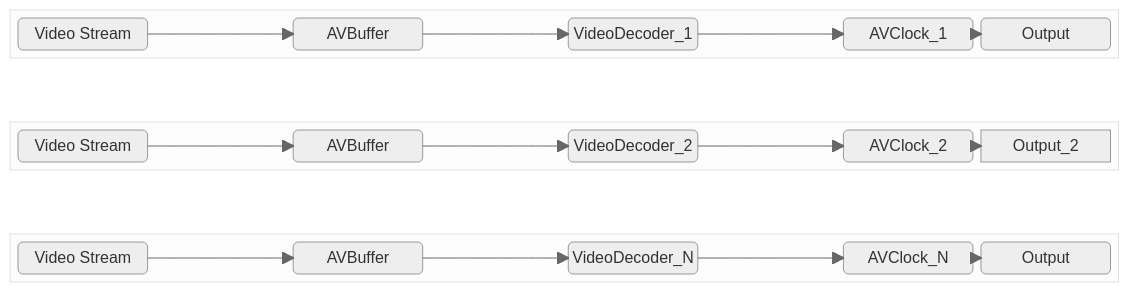
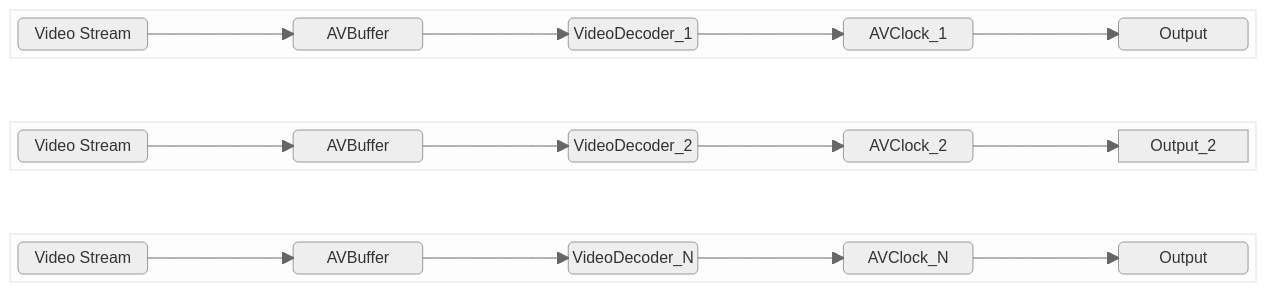
One commit to davidkoo-brcm/rdk-halif-aidl-test-avclock changed the eighth of 8 diagrams in docs/pages/avClock_High-Level-3_TestSpecification.md. Above: the diagram before and after it, drawn with Mermaid (neutral theme). The commit also changed other lines of this file, not shown here.

````diff
--- a/docs/pages/avClock_High-Level-3_TestSpecification.md
+++ b/docs/pages/avClock_High-Level-3_TestSpecification.md
@@ -225,27 +225,27 @@
 ```mermaid
 block-beta
 columns 1
     block:1
-        VideoStream_1("Video Stream") space AVBuffer_1("AVBuffer") space VideoDecoder_1("VideoDecoder_1") space AVClock_1("AVClock_1") Output_1("Output")
+        VideoStream_1("Video Stream") space AVBuffer_1("AVBuffer") space VideoDecoder_1("VideoDecoder_1") space AVClock_1("AVClock_1") space Output_1("Output")
         VideoStream_1 --> AVBuffer_1
         AVBuffer_1 --> VideoDecoder_1
         VideoDecoder_1 --> AVClock_1
         AVClock_1 --> Output_1
     end
     space
     block:2
-        VideoStream_2("Video Stream") space AVBuffer_2("AVBuffer") space VideoDecoder_2("VideoDecoder_2") space AVClock_2("AVClock_2") Output_1("Output")
+        VideoStream_2("Video Stream") space AVBuffer_2("AVBuffer") space VideoDecoder_2("VideoDecoder_2") space AVClock_2("AVClock_2") space Output_1("Output")
         VideoStream_2 --> AVBuffer_2
         AVBuffer_2 --> VideoDecoder_2
         VideoDecoder_2 --> AVClock_2
         AVClock_2 --> Output_2
     end
     space
     block:N
-        VideoStream_N("Video Stream") space AVBuffer_N("AVBuffer") space VideoDecoder_N("VideoDecoder_N") space AVClock_N("AVClock_N") Output_N("Output")
+        VideoStream_N("Video Stream") space AVBuffer_N("AVBuffer") space VideoDecoder_N("VideoDecoder_N") space AVClock_N("AVClock_N") space Output_N("Output")
         VideoStream_N --> AVBuffer_N
         AVBuffer_N --> VideoDecoder_N
         VideoDecoder_N--> AVClock_N
         AVClock_N --> Output_N
     end
 ```
````
